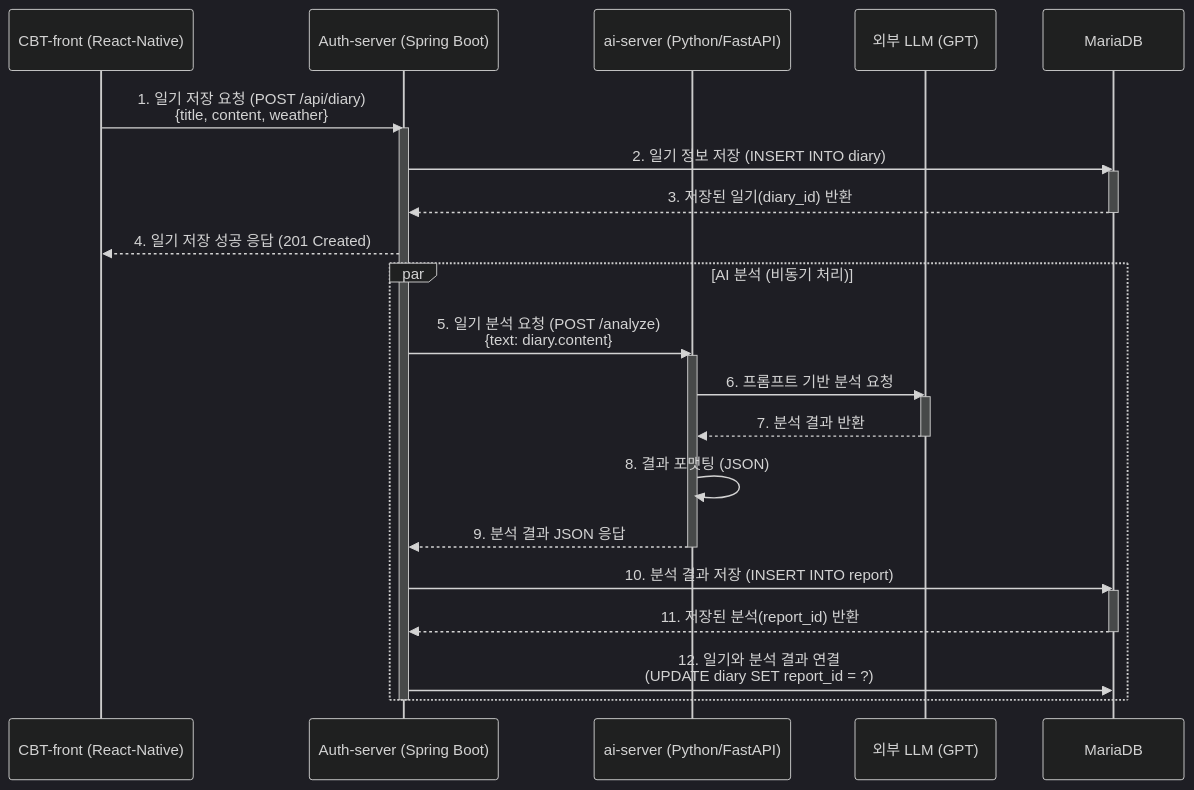
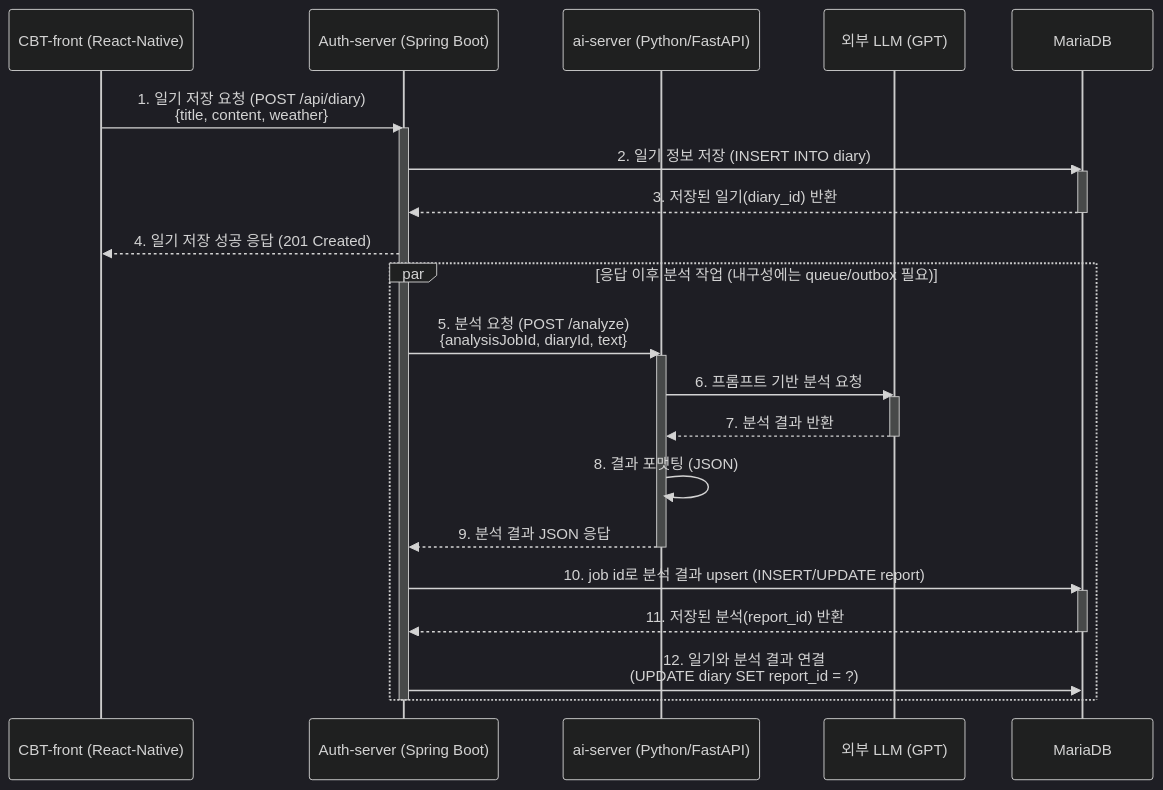
The third of 9 diagrams in content/docs/projects/cbt-system.md (choisimo/document), drawn with Mermaid (dark theme) before and after one commit. The commit also changed other lines of this file and 504 other files, not shown here.

````diff
--- a/content/docs/projects/cbt-system.md
+++ b/content/docs/projects/cbt-system.md
@@ -87,40 +100,40 @@
 ```mermaid
 sequenceDiagram
     participant Client as CBT-front (React-Native)
     participant AuthServer as Auth-server (Spring Boot)
     participant AiServer as ai-server (Python/FastAPI)
     participant OpenAIApi as 외부 LLM (GPT)
     participant Database as MariaDB
 
     Client->>AuthServer: 1. 일기 저장 요청 (POST /api/diary) <br> {title, content, weather}
     activate AuthServer
 
     AuthServer->>Database: 2. 일기 정보 저장 (INSERT INTO diary)
     activate Database
     Database-->>AuthServer: 3. 저장된 일기(diary_id) 반환
     deactivate Database
 
     AuthServer-->>Client: 4. 일기 저장 성공 응답 (201 Created)
 
-    par AI 분석 (비동기 처리)
-        AuthServer->>AiServer: 5. 일기 분석 요청 (POST /analyze) <br> {text: diary.content}
+    par 응답 이후 분석 작업 (내구성에는 queue/outbox 필요)
+        AuthServer->>AiServer: 5. 분석 요청 (POST /analyze) <br> {analysisJobId, diaryId, text}
         activate AiServer
 
         AiServer->>OpenAIApi: 6. 프롬프트 기반 분석 요청
         activate OpenAIApi
         OpenAIApi-->>AiServer: 7. 분석 결과 반환
         deactivate OpenAIApi
 
         AiServer->>AiServer: 8. 결과 포맷팅 (JSON)
         AiServer-->>AuthServer: 9. 분석 결과 JSON 응답
         deactivate AiServer
 
-        AuthServer->>Database: 10. 분석 결과 저장 (INSERT INTO report)
+        AuthServer->>Database: 10. job id로 분석 결과 upsert (INSERT/UPDATE report)
         activate Database
         Database-->>AuthServer: 11. 저장된 분석(report_id) 반환
         deactivate Database
 
         AuthServer->>Database: 12. 일기와 분석 결과 연결 <br> (UPDATE diary SET report_id = ?)
     end
     deactivate AuthServer
 ```
````
